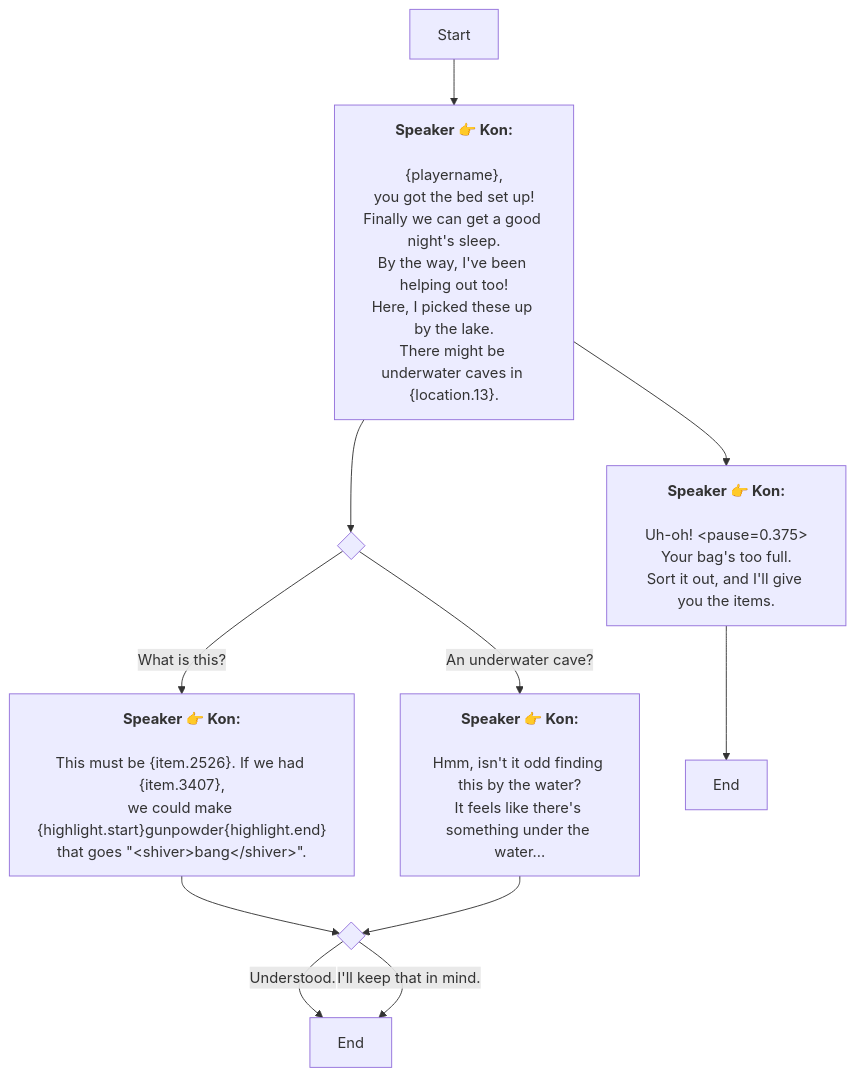
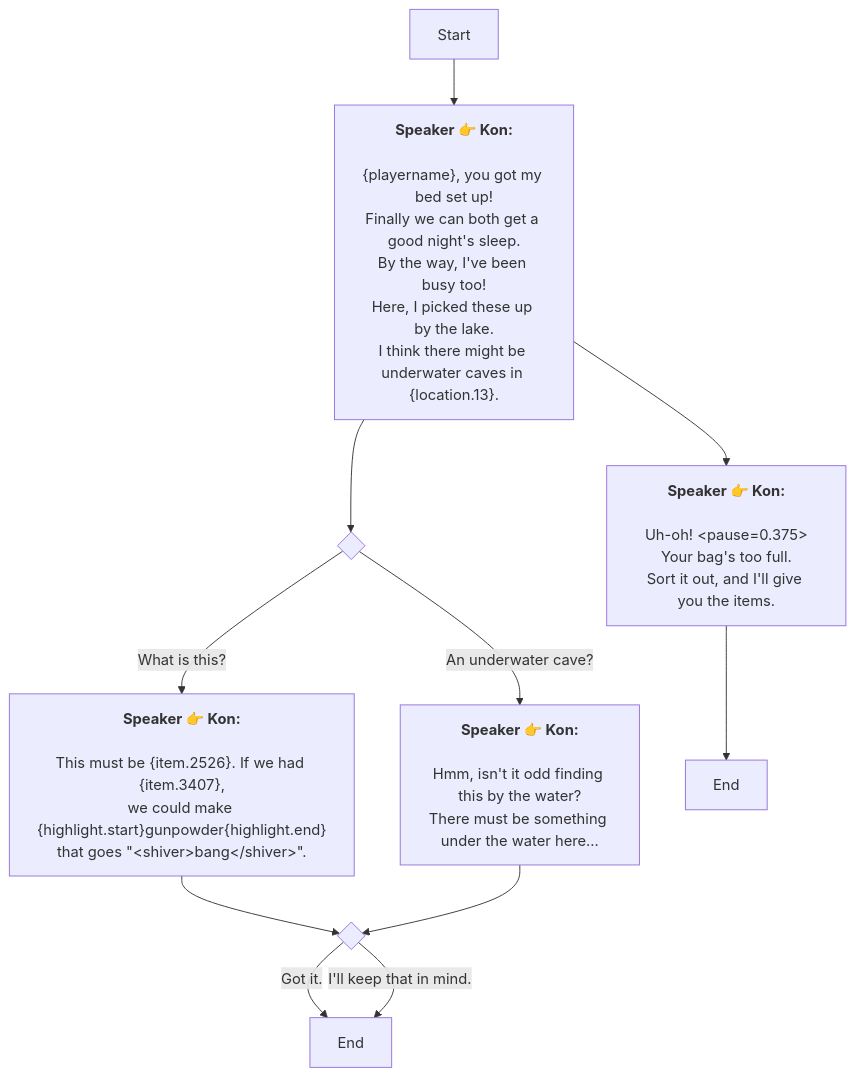
The diagram in En/QuestTalkObjectiveNode_1739167235783881.md (SoftHu/tos_avg), drawn with Mermaid before and after one commit. The commit also changed 312 other files, not shown here.

````diff
--- a/En/QuestTalkObjectiveNode_1739167235783881.md
+++ b/En/QuestTalkObjectiveNode_1739167235783881.md
@@ -1,32 +1,31 @@
 ```mermaid
 graph
 Start -->1739167465258188[<b>Speaker 👉 Kon:</b>
 
-&lbrace;playername&rbrace;,
-you got the bed set up!
-Finally we can get a good night's sleep.
-By the way, I've been helping out too!
+&lbrace;playername&rbrace;, you got my bed set up!
+Finally we can both get a good night's sleep.
+By the way, I've been busy too!
 Here, I picked these up by the lake.
-There might be underwater caves in &lbrace;location.13&rbrace;.]
+I think there might be underwater caves in &lbrace;location.13&rbrace;.]
 1739167465258188 -->1739167754644685{ }
 1739167465258188 -->1739167865699535[<b>Speaker 👉 Kon:</b>
 
 Uh-oh! &lt;pause=0.375&gt;
 Your bag's too full.
 Sort it out, and I'll give you the items.]
 1739167754644685 -->|What is this?|1739168567942358[<b>Speaker 👉 Kon:</b>
 
 This must be &lbrace;item.2526&rbrace;. If we had &lbrace;item.3407&rbrace;,
 we could make &lbrace;highlight.start&rbrace;gunpowder&lbrace;highlight.end&rbrace;
 that goes &quot;&lt;shiver&gt;bang&lt;/shiver&gt;&quot;.]
 1739167754644685 -->|An underwater cave?|1739168606731479[<b>Speaker 👉 Kon:</b>
 
 Hmm, isn't it odd finding this by the water?
-It feels like there's something under the water...]
+There must be something under the water here...]
 1739168567942358 -->1739168657315032{ }
-1739168657315032 -->|Understood.|1739167901405393[End]
+1739168657315032 -->|Got it.|1739167901405393[End]
 1739168657315032 -->|I'll keep that in mind.|1739167901405393[End]
 1739168606731479 -->1739168657315032{ }
 1739167865699535 -->1739167896556752[End]
 
  ```
````
